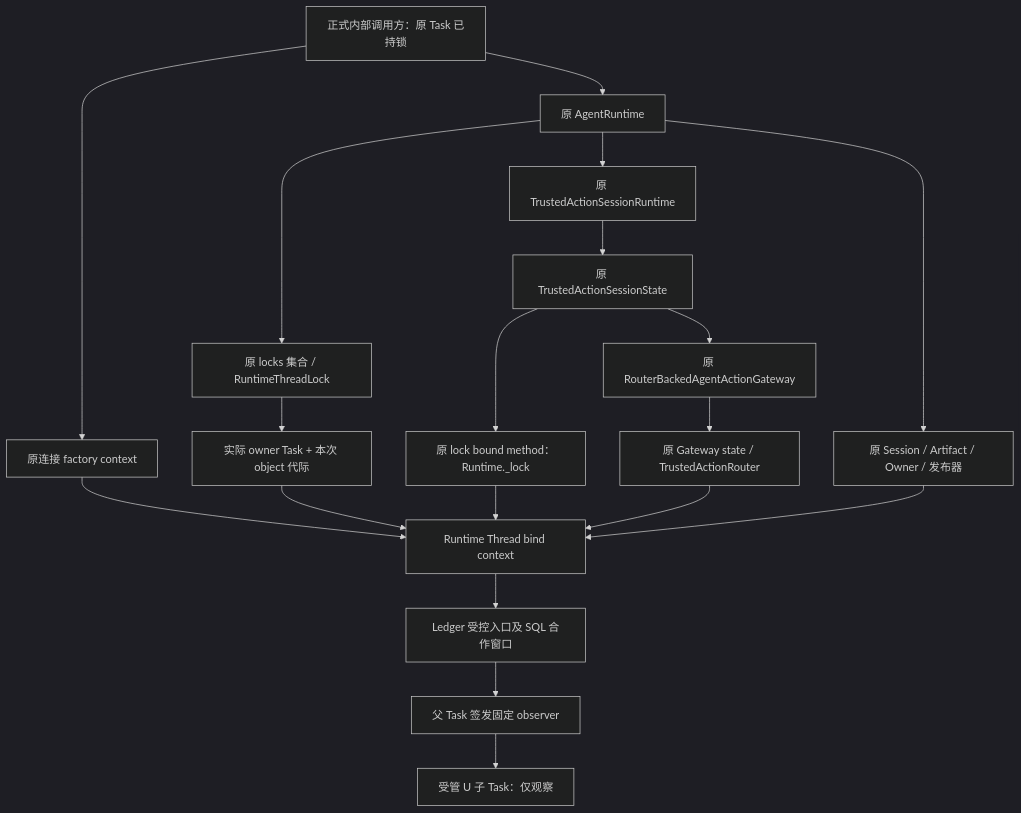
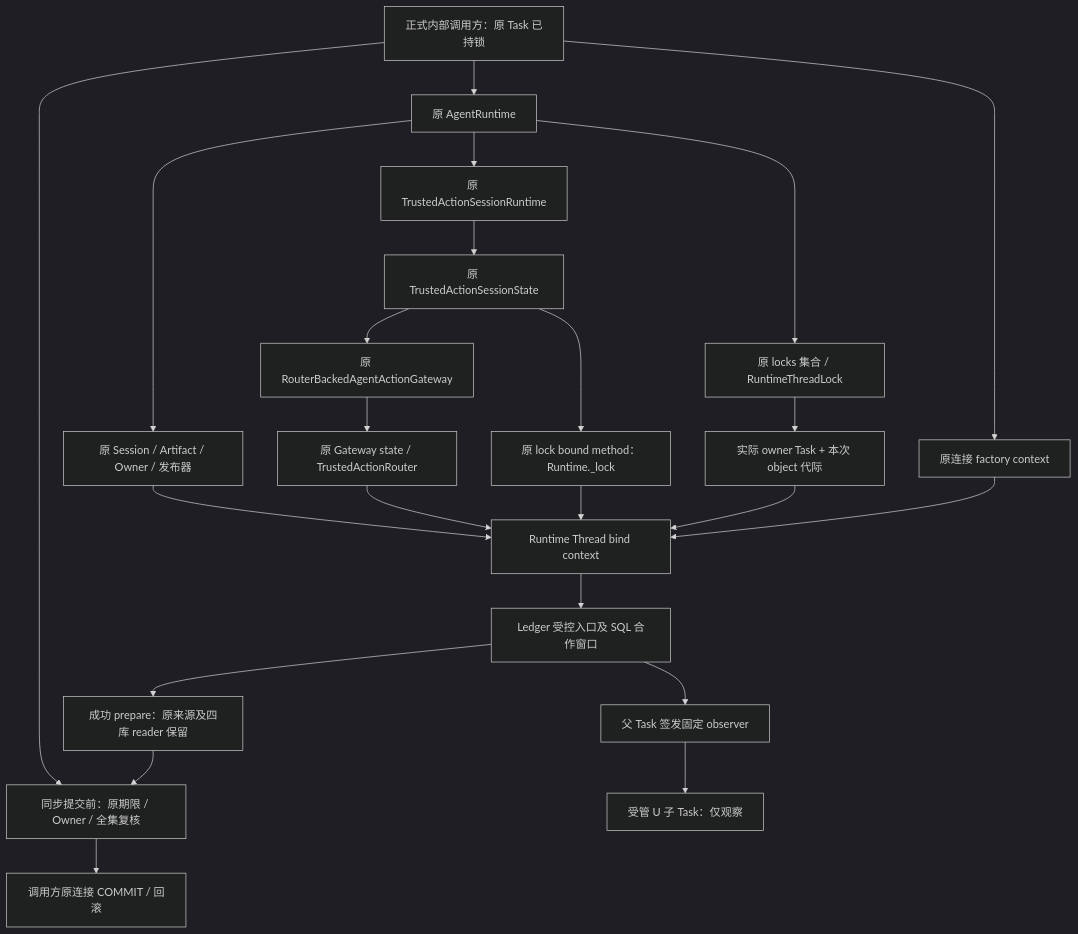
Before and after one commit to carrie1988/Harnessix: the first of 3 diagrams in docs/changes/m09-r4-git-runtime-thread-scope.md, drawn with Mermaid (dark theme). The commit also changed other lines of this file and 2 other files, not shown here.

````diff
--- a/docs/changes/m09-r4-git-runtime-thread-scope.md
+++ b/docs/changes/m09-r4-git-runtime-thread-scope.md
@@ -103,21 +105,25 @@
 ```mermaid
 flowchart TB
     Caller["正式内部调用方：原 Task 已持锁"] --> Runtime["原 AgentRuntime"]
     Runtime --> Locks["原 locks 集合 / RuntimeThreadLock"]
     Locks --> Generation["实际 owner Task + 本次 object 代际"]
     Runtime --> Actions["原 TrustedActionSessionRuntime"]
     Actions --> State["原 TrustedActionSessionState"]
     State --> Method["原 lock bound method：Runtime._lock"]
     State --> Gateway["原 RouterBackedAgentActionGateway"]
     Gateway --> Router["原 Gateway state / TrustedActionRouter"]
     Runtime --> Stores["原 Session / Artifact / Owner / 发布器"]
     Caller --> Factory["原连接 factory context"]
     Factory --> Bind["Runtime Thread bind context"]
     Generation --> Bind
     Method --> Bind
     Router --> Bind
     Stores --> Bind
     Bind --> Ledger["Ledger 受控入口及 SQL 合作窗口"]
+    Ledger --> Held["成功 prepare：原来源及四库 reader 保留"]
+    Held --> CommitGate["同步提交前：原期限 / Owner / 全集复核"]
+    Caller --> CommitGate
+    CommitGate --> Commit["调用方原连接 COMMIT / 回滚"]
     Ledger --> Observer["父 Task 签发固定 observer"]
     Observer --> Child["受管 U 子 Task：仅观察"]
 ```
````
